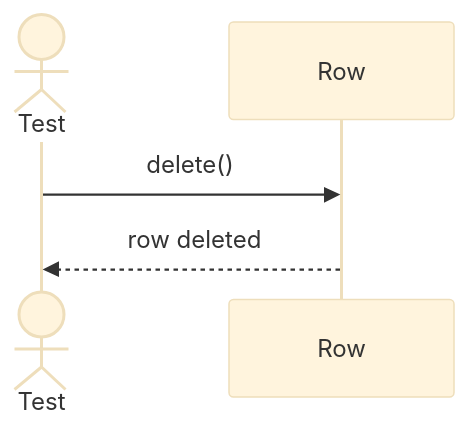
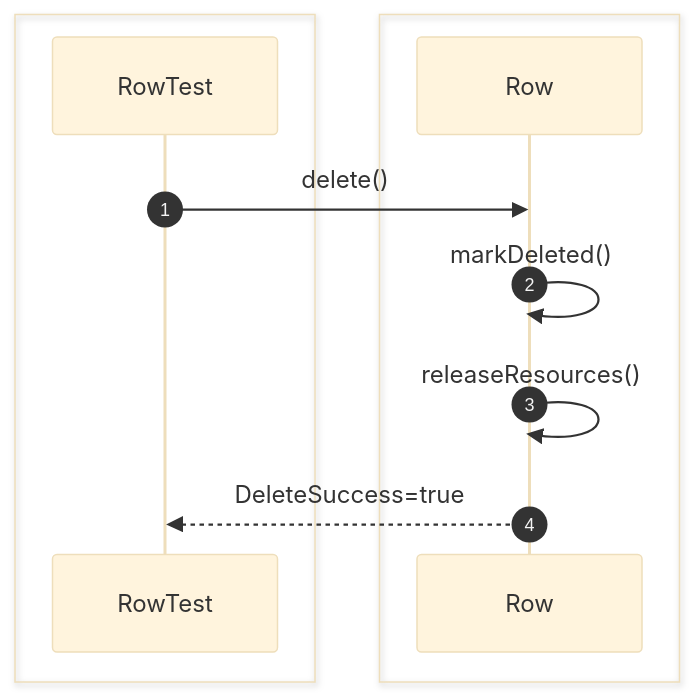
One commit to Huy1801214/dbms-architecture changed diagram 16 of 42 in src/sequence/db-object.md. Above: the diagram before and after it, drawn with Mermaid (base theme). The commit also changed other lines of this file, not shown here.

Commit message:
add sequence diagrams for database object unit tests

````diff
--- a/src/sequence/db-object.md
+++ b/src/sequence/db-object.md
@@ -182,8 +341,18 @@
 ```mermaid
 sequenceDiagram
-    actor Test
-    participant Row
+    autonumber
+    box #e1f5fe Test Suite
+    participant Test as RowTest
+    end
+    box #e8f5e9 Database Objects
+    participant Row as Row
+    end
 
     Test->>Row: delete()
-    Row-->>Test: row deleted
+
+    Row->>Row: markDeleted()
+
+    Row->>Row: releaseResources()
+
+    Row-->>Test: DeleteSuccess=true
 ```
````
